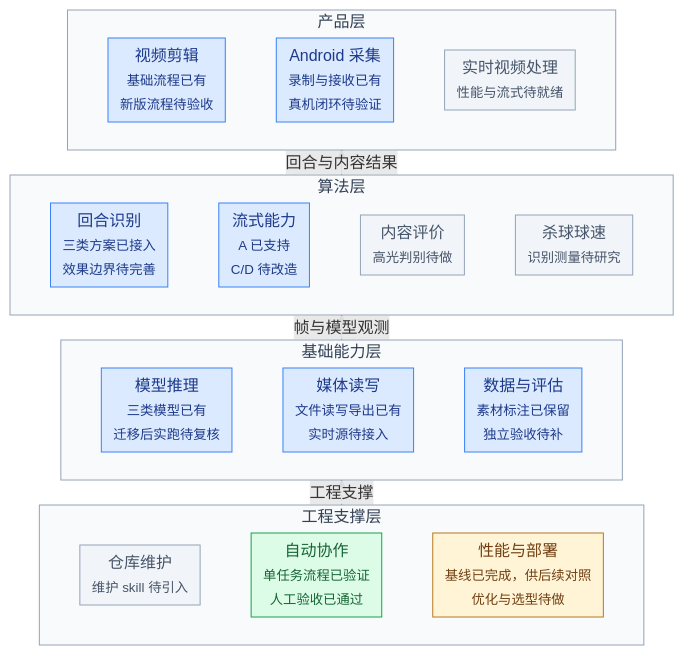
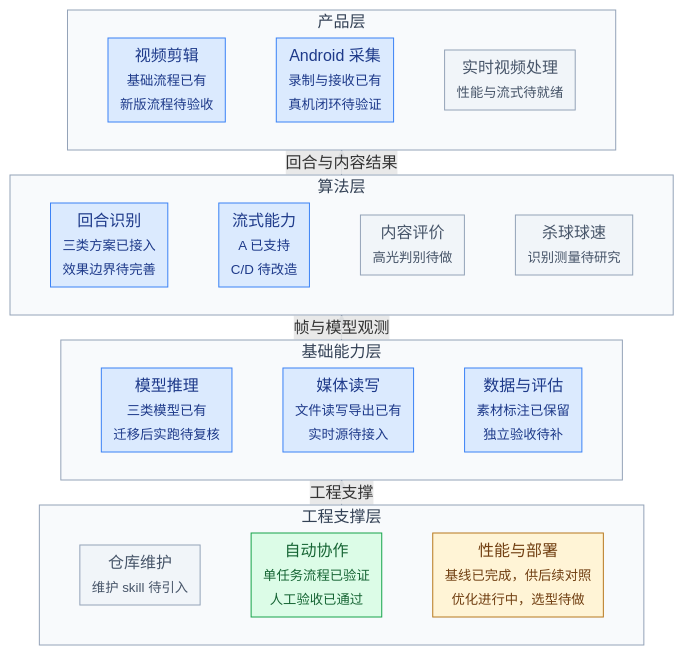
One commit to benb365/smash-suite changed the first of 2 diagrams in docs/plan/roadmap.md. Above: the diagram before and after it, drawn with Mermaid. The commit also changed other lines of this file and 107 other files, not shown here.

````diff
--- a/docs/plan/roadmap.md
+++ b/docs/plan/roadmap.md
@@ -16,66 +16,66 @@
 ```mermaid
 %%{init: {"flowchart": {"useMaxWidth": true, "nodeSpacing": 10, "rankSpacing": 1, "padding": 6, "diagramPadding": 8}}}%%
 flowchart BT
   subgraph products["产品层"]
     subgraph productRow[" "]
     direction LR
     clip["视频剪辑<br/><small>基础流程已有<br/>新版流程待验收</small>"]
     capture["Android 采集<br/><small>录制与接收已有<br/>真机闭环待验证</small>"]
     live["实时视频处理<br/><small>性能与流式待就绪</small>"]
     clip ~~~ capture ~~~ live
     end
   end
 
   subgraph algorithms["算法层"]
     subgraph algorithmRow[" "]
     direction LR
     rally["回合识别<br/><small>三类方案已接入<br/>效果边界待完善</small>"]
     stream["流式能力<br/><small>A 已支持<br/>C/D 待改造</small>"]
     content["内容评价<br/><small>高光判别待做</small>"]
     speed["杀球球速<br/><small>识别测量待研究</small>"]
     rally ~~~ stream ~~~ content ~~~ speed
     end
   end
 
   subgraph foundation["基础能力层"]
     subgraph foundationRow[" "]
     direction LR
     models["模型推理<br/><small>三类模型已有<br/>迁移后实跑待复核</small>"]
     media["媒体读写<br/><small>文件读写导出已有<br/>实时源待接入</small>"]
     data["数据与评估<br/><small>素材标注已保留<br/>独立验收待补</small>"]
     models ~~~ media ~~~ data
     end
   end
 
   subgraph engineering["工程支撑层"]
     subgraph engineeringRow[" "]
     direction LR
     maintenance["仓库维护<br/><small>维护 skill 待引入</small>"]
     workflow["自动协作<br/><small>单任务流程已验证<br/>人工验收已通过</small>"]
-    performance["性能与部署<br/><small>基线已完成，供后续对照<br/>优化与选型待做</small>"]
+    performance["性能与部署<br/><small>基线已完成，供后续对照<br/>优化进行中，选型待做</small>"]
     maintenance ~~~ workflow ~~~ performance
     end
   end
 
   engineering -. 工程支撑 .-> foundation
   foundation -->|帧与模型观测| algorithms
   algorithms -->|回合与内容结果| products
 
   classDef complete fill:#dcfce7,stroke:#16a34a,color:#166534
   classDef partial fill:#dbeafe,stroke:#3b82f6,color:#1e3a8a
   classDef pending fill:#f1f5f9,stroke:#94a3b8,color:#475569
   classDef active fill:#fff4d6,stroke:#b7791f,color:#713f12
   class clip,capture,rally,stream,models,media,data partial
   class live,content,speed,maintenance pending
   class workflow complete
   class performance active
   style products fill:#f8fafc,stroke:#94a3b8,color:#334155
   style algorithms fill:#f8fafc,stroke:#94a3b8,color:#334155
   style foundation fill:#f8fafc,stroke:#94a3b8,color:#334155
   style engineering fill:#f8fafc,stroke:#94a3b8,color:#334155
   style productRow fill:transparent,stroke:transparent
   style algorithmRow fill:transparent,stroke:transparent
   style foundationRow fill:transparent,stroke:transparent
   style engineeringRow fill:transparent,stroke:transparent
   linkStyle default stroke:#64748b
 ```
````
